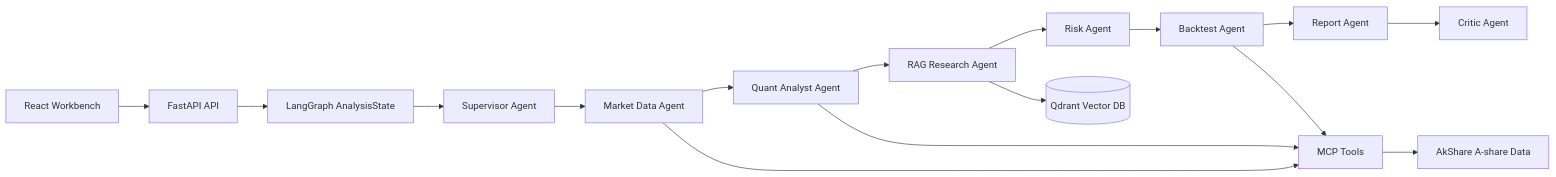
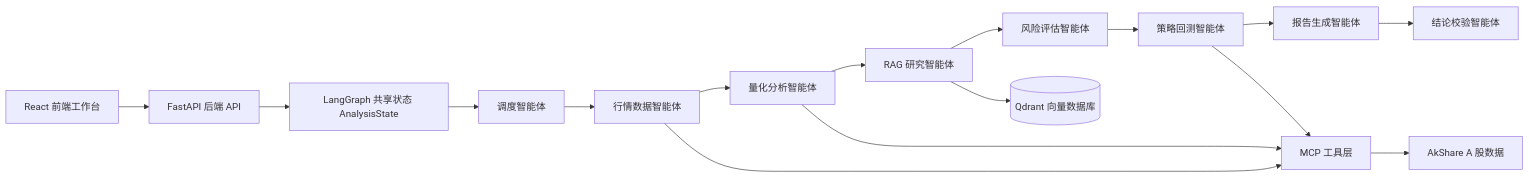
One commit to FrostWane/multi-agent-trading-system changed the diagram in README.md. Above: the diagram before and after it, drawn with Mermaid. The commit also changed other lines of this file, not shown here.

````diff
--- a/README.md
+++ b/README.md
@@ -9,18 +15,18 @@
 ```mermaid
 flowchart LR
-  UI[React Workbench] --> API[FastAPI API]
-  API --> Graph[LangGraph AnalysisState]
-  Graph --> Supervisor[Supervisor Agent]
-  Supervisor --> Data[Market Data Agent]
-  Data --> Quant[Quant Analyst Agent]
-  Quant --> Research[RAG Research Agent]
-  Research --> Risk[Risk Agent]
-  Risk --> Backtest[Backtest Agent]
-  Backtest --> Report[Report Agent]
-  Report --> Critic[Critic Agent]
-  Data --> MCP[MCP Tools]
+  UI[React 前端工作台] --> API[FastAPI 后端 API]
+  API --> Graph[LangGraph 共享状态 AnalysisState]
+  Graph --> Supervisor[调度智能体]
+  Supervisor --> Data[行情数据智能体]
+  Data --> Quant[量化分析智能体]
+  Quant --> Research[RAG 研究智能体]
+  Research --> Risk[风险评估智能体]
+  Risk --> Backtest[策略回测智能体]
+  Backtest --> Report[报告生成智能体]
+  Report --> Critic[结论校验智能体]
+  Data --> MCP[MCP 工具层]
   Quant --> MCP
   Backtest --> MCP
-  Research --> Qdrant[(Qdrant Vector DB)]
-  MCP --> AkShare[AkShare A-share Data]
+  Research --> Qdrant[(Qdrant 向量数据库)]
+  MCP --> AkShare[AkShare A 股数据]
 ```
````
